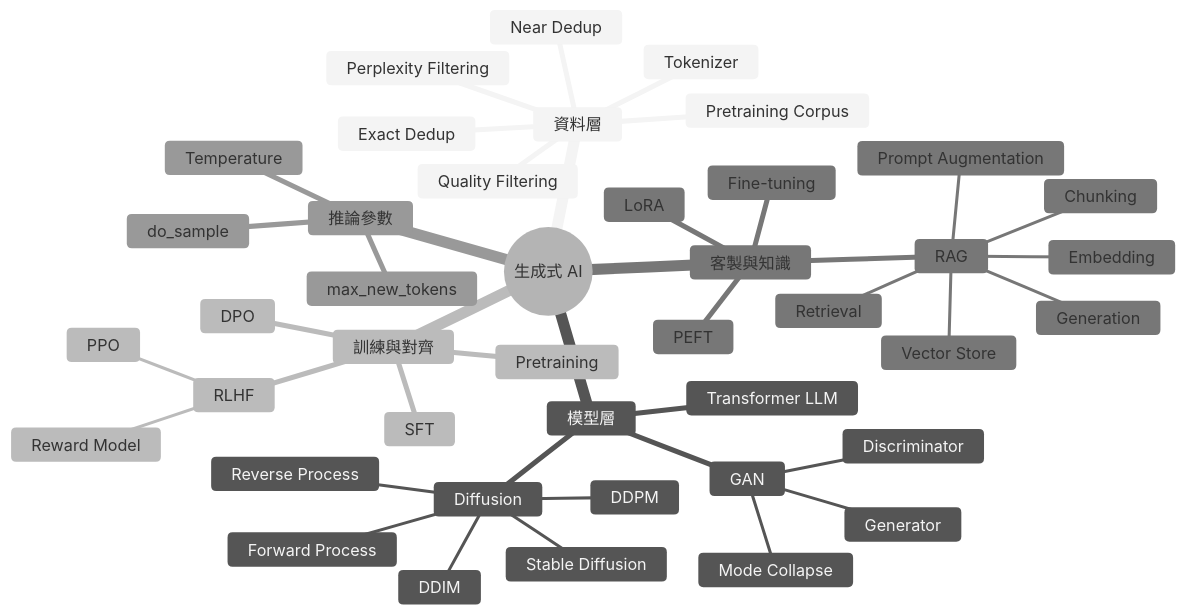
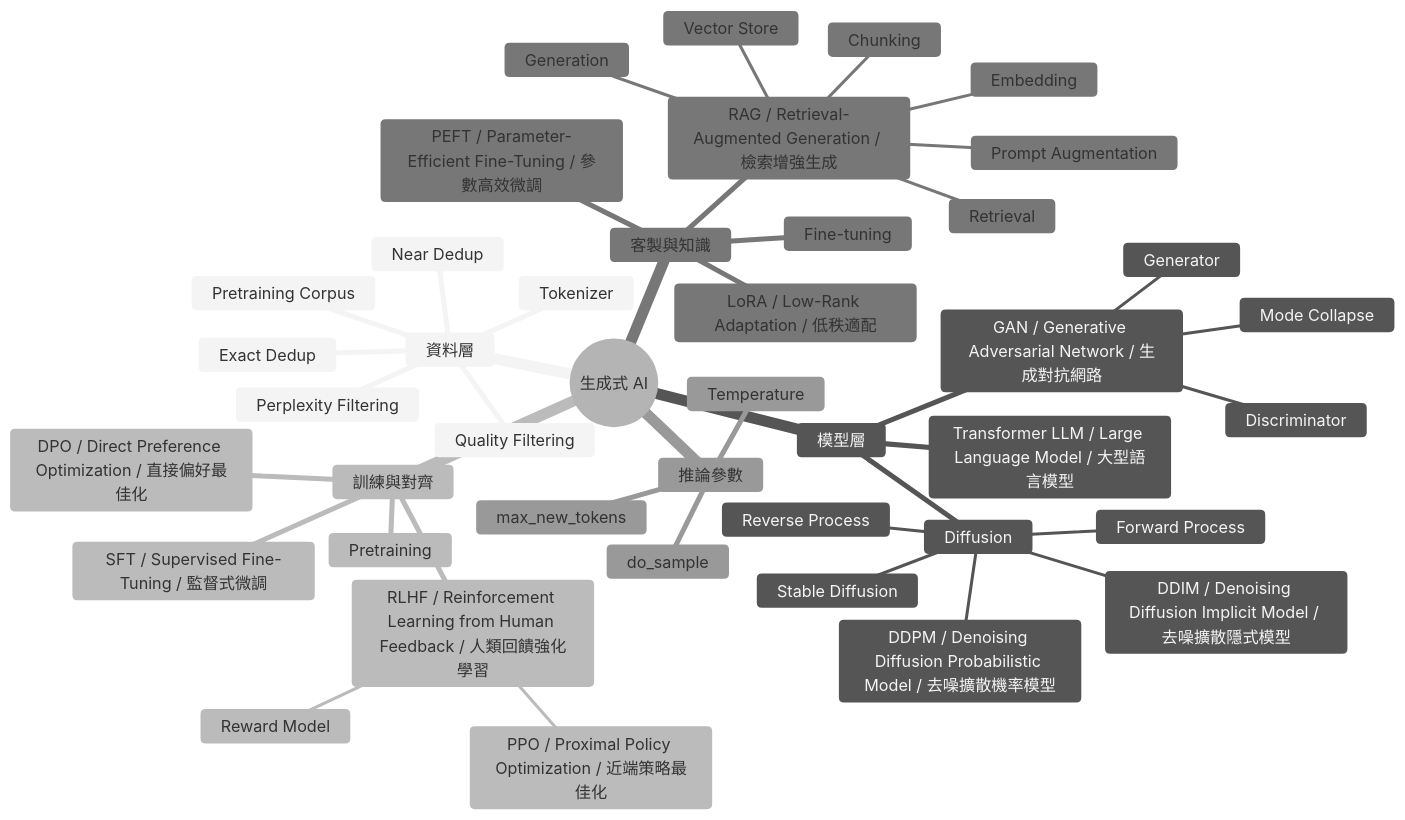
The sixth of 10 diagrams in content/ipas/ipas-ai-mindmap.md (douglas168/levelcert), drawn with Mermaid (neutral theme) before and after one commit. The commit also changed other lines of this file and 127 other files, not shown here.

````diff
--- a/content/ipas/ipas-ai-mindmap.md
+++ b/content/ipas/ipas-ai-mindmap.md
@@ -277,45 +277,45 @@
 ```mermaid
 mindmap
   root((生成式 AI))
     資料層
       Pretraining Corpus
       Quality Filtering
       Exact Dedup
       Near Dedup
       Perplexity Filtering
       Tokenizer
     模型層
-      Transformer LLM
-      GAN
+      Transformer LLM / Large Language Model / 大型語言模型
+      GAN / Generative Adversarial Network / 生成對抗網路
         Generator
         Discriminator
         Mode Collapse
       Diffusion
         Forward Process
         Reverse Process
-        DDPM
-        DDIM
+        DDPM / Denoising Diffusion Probabilistic Model / 去噪擴散機率模型
+        DDIM / Denoising Diffusion Implicit Model / 去噪擴散隱式模型
         Stable Diffusion
     訓練與對齊
       Pretraining
-      SFT
-      RLHF
+      SFT / Supervised Fine-Tuning / 監督式微調
+      RLHF / Reinforcement Learning from Human Feedback / 人類回饋強化學習
         Reward Model
-        PPO
-      DPO
+        PPO / Proximal Policy Optimization / 近端策略最佳化
+      DPO / Direct Preference Optimization / 直接偏好最佳化
     客製與知識
       Fine-tuning
-      LoRA
-      PEFT
-      RAG
+      LoRA / Low-Rank Adaptation / 低秩適配
+      PEFT / Parameter-Efficient Fine-Tuning / 參數高效微調
+      RAG / Retrieval-Augmented Generation / 檢索增強生成
         Chunking
         Embedding
         Vector Store
         Retrieval
         Prompt Augmentation
         Generation
     推論參數
       Temperature
       max_new_tokens
       do_sample
 ```
````
